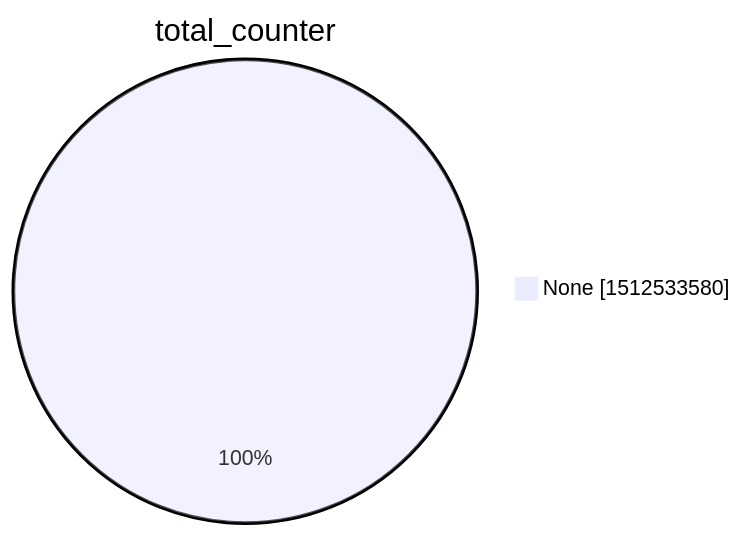
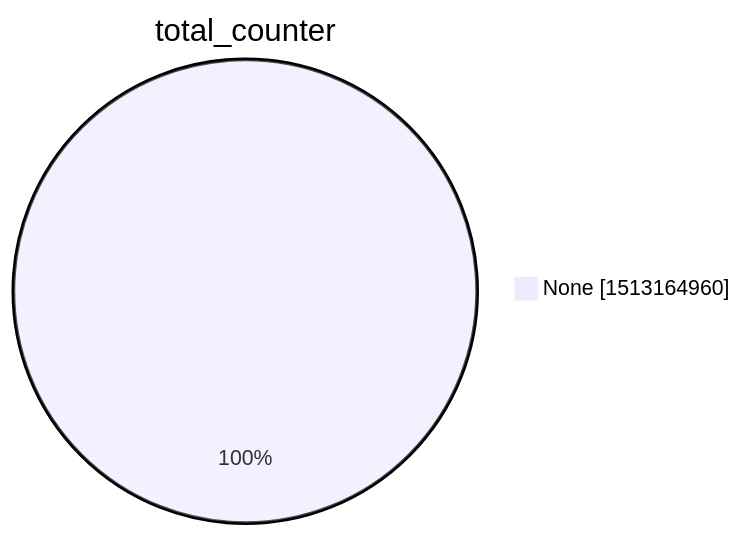
Before and after one commit to christiankrug/ctmonitor_visualization: the second of 15 diagrams in argon2022/README.md, drawn with Mermaid. The commit also changed other lines of this file, not shown here.

````diff
--- a/argon2022/README.md
+++ b/argon2022/README.md
@@ -9,5 +9,5 @@
 ```mermaid
 pie showData
 title total_counter
-"None" :1512533580
+"None" :1513164960
 ```
````
